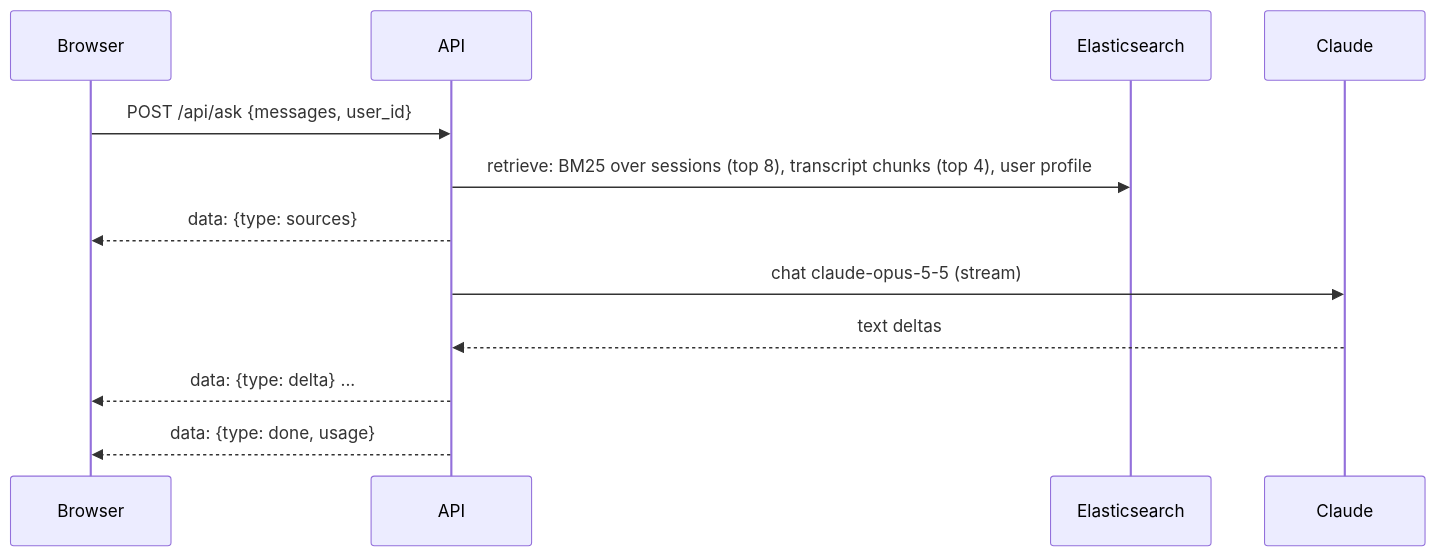
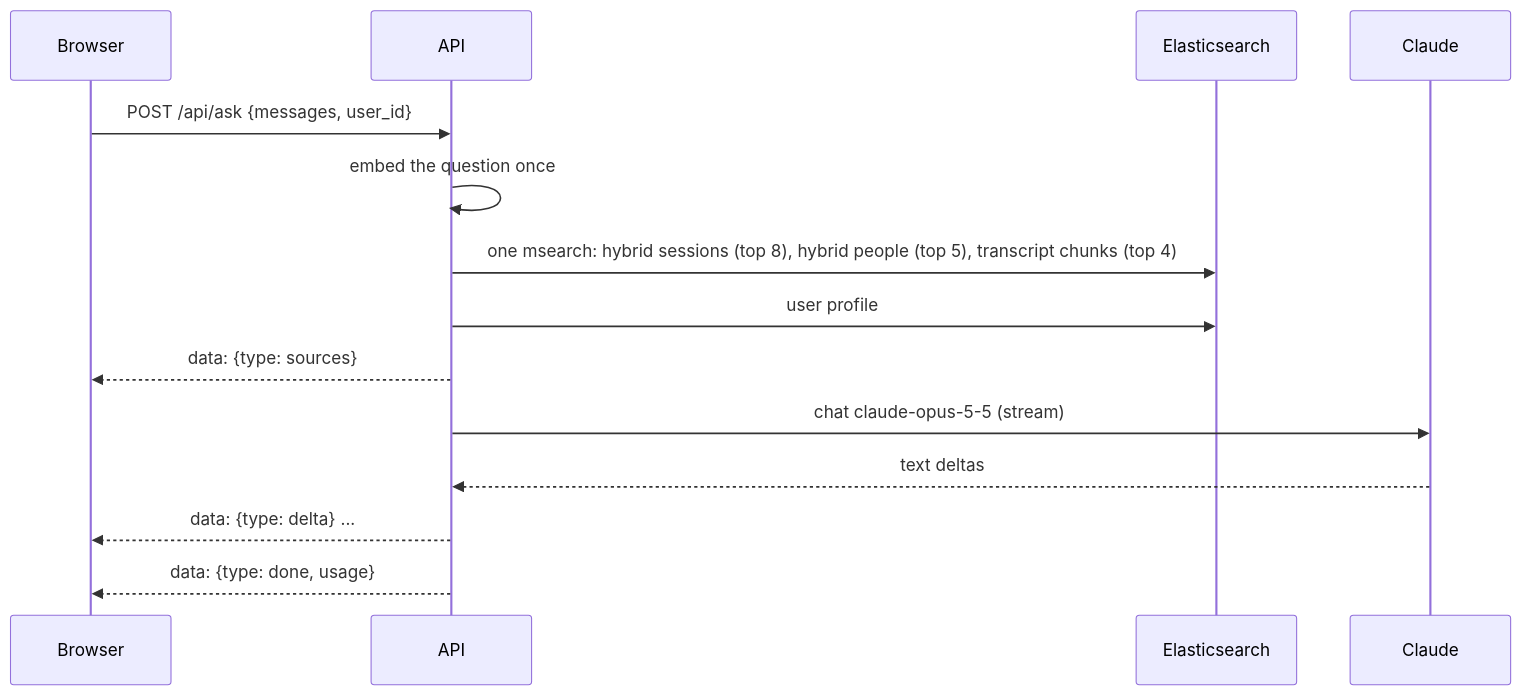
One commit to riponcm/ConFox changed the third of 3 diagrams in docs/architecture.md. Above: the diagram before and after it, drawn with Mermaid. The commit also changed other lines of this file and 7 other files, not shown here.

First line of the commit message:
Ask: hybrid retrieval over sessions and people, people as cited sources

````diff
--- a/docs/architecture.md
+++ b/docs/architecture.md
@@ -121,14 +121,16 @@
 ```mermaid
 sequenceDiagram
   participant B as Browser
   participant A as API
   participant E as Elasticsearch
   participant C as Claude
   B->>A: POST /api/ask {messages, user_id}
-  A->>E: retrieve: BM25 over sessions (top 8), transcript chunks (top 4), user profile
+  A->>A: embed the question once
+  A->>E: one msearch: hybrid sessions (top 8), hybrid people (top 5), transcript chunks (top 4)
+  A->>E: user profile
   A-->>B: data: {type: sources}
   A->>C: chat claude-opus-5-5 (stream)
   C-->>A: text deltas
   A-->>B: data: {type: delta} ...
   A-->>B: data: {type: done, usage}
 ```
````
